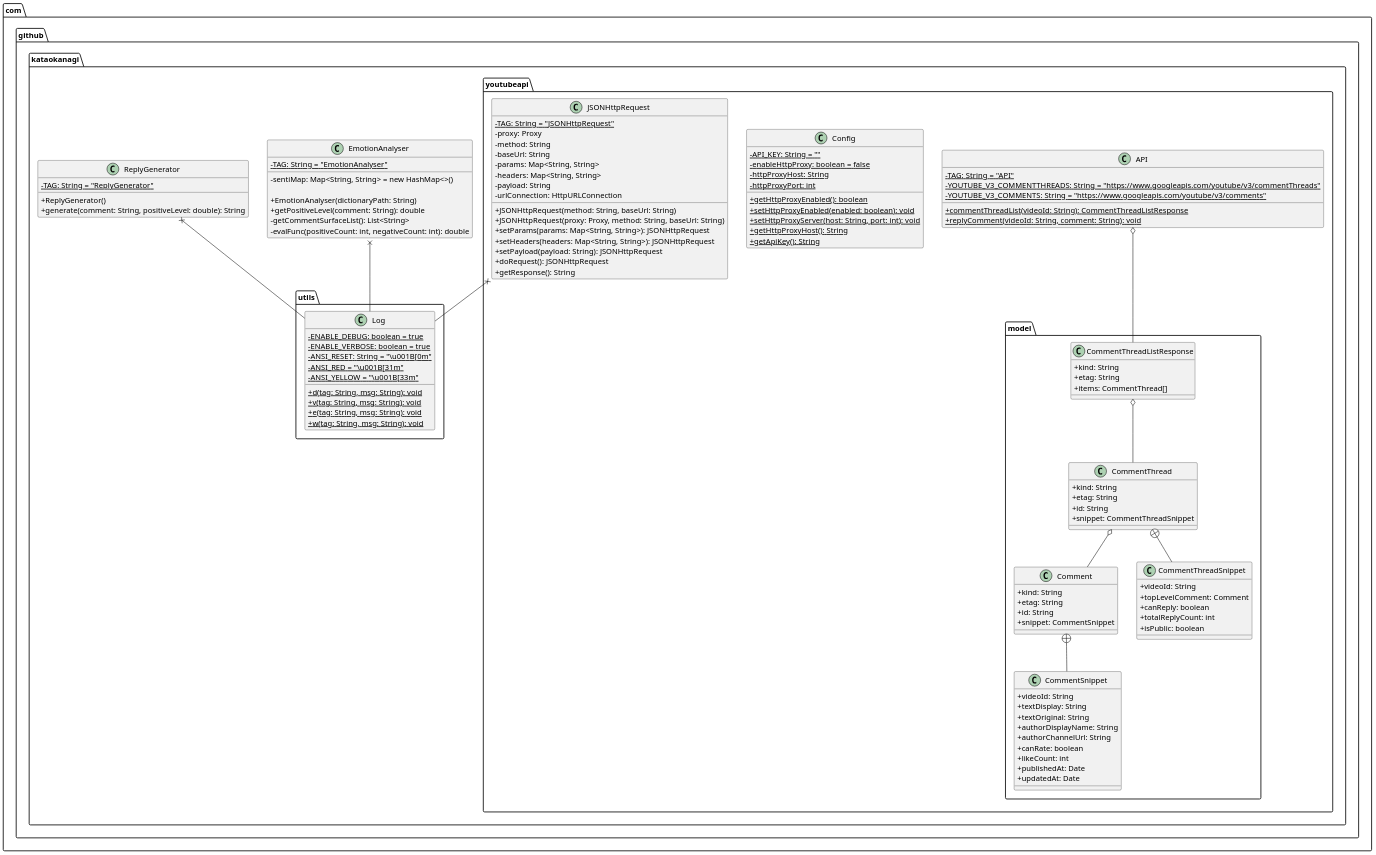
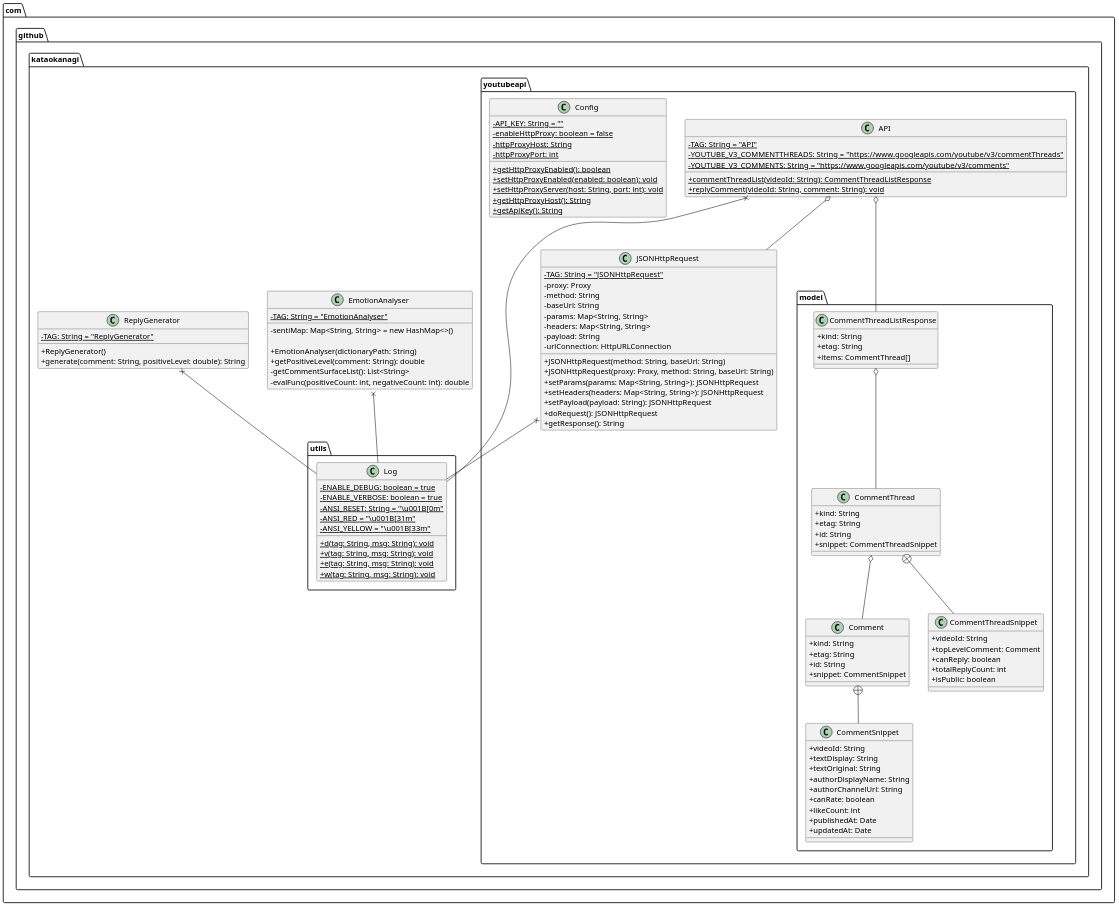
One commit to KataokaNagi/YoutubeAutoComment changed the diagram in uml/YoutubeAutoComment_ClassDiagram.pu. Above: the diagram before and after it, drawn with PlantUML.

Commit message:
close #14, close #15

```diff
--- a/uml/YoutubeAutoComment_ClassDiagram.pu
+++ b/uml/YoutubeAutoComment_ClassDiagram.pu
@@ -12,165 +12,168 @@
 @startuml out/ClassDiagram.png
 scale 1.5
 skinparam DefaultFontName メイリオ
 ' 可視性の変更
 skinparam classAttributeIconSize 0
 
 ' class def
 ' @see https://qiita.com/KeithYokoma/items/ee21fec6a3ebb5d1e9a8
 
 package com.github.kataokanagi {
   package com.github.kataokanagi.utils {
   }
   package com.github.kataokanagi.youtubeapi {
     package com.github.kataokanagi.youtubeapi.model {      
     }    
   }
 }
 
 package com.github.kataokanagi.utils {
     class Log {
         - {static} ENABLE_DEBUG: boolean = true
         - {static} ENABLE_VERBOSE: boolean = true
         - {static} ANSI_RESET: String = "\u001B[0m"
         - {static} ANSI_RED = "\u001B[31m"
         - {static} ANSI_YELLOW = "\u001B[33m"
 
         + {static} d(tag: String, msg: String): void
         + {static} v(tag: String, msg: String): void
         + {static} e(tag: String, msg: String): void
         + {static} w(tag: String, msg: String): void
     }
 }
 
 package com.github.kataokanagi.youtubeapi.model {
     class Comment {
         + kind: String
         + etag: String
         + id: String
         + snippet: CommentSnippet
     }
 
     class CommentSnippet {
         + videoId: String
         + textDisplay: String
         + textOriginal: String
         + authorDisplayName: String
         + authorChannelUrl: String
         + canRate: boolean
         + likeCount: int
         + publishedAt: Date
         + updatedAt: Date
     }
 
     Comment +-- CommentSnippet
 
     class CommentThread {
         + kind: String
         + etag: String
         + id: String
         + snippet: CommentThreadSnippet
     }
 
     class CommentThreadSnippet {
         + videoId: String
         + topLevelComment: Comment
         + canReply: boolean
         + totalReplyCount: int
         + isPublic: boolean
     }
 
     CommentThread +-- CommentThreadSnippet
 
     class CommentThreadListResponse {
         + kind: String
         + etag: String
         + items: CommentThread[]
     }
 
     CommentThreadListResponse o-- CommentThread
     CommentThread o-- Comment
 }
 
 package com.github.kataokanagi.youtubeapi {
     class API {
         - {static} TAG: String = "API"
         - {static} YOUTUBE_V3_COMMENTTHREADS: String = "https://www.googleapis.com/youtube/v3/commentThreads"
         - {static} YOUTUBE_V3_COMMENTS: String = "https://www.googleapis.com/youtube/v3/comments"
 
         + {static} commentThreadList(videoId: String): CommentThreadListResponse
         + {static} replyComment(videoId: String, comment: String): void
     }
 
     class Config {
         - {static} API_KEY: String = ""
         - {static} enableHttpProxy: boolean = false
         - {static} httpProxyHost: String
         - {static} httpProxyPort: int
 
         + {static} getHttpProxyEnabled(): boolean
         + {static} setHttpProxyEnabled(enabled: boolean): void
         + {static} setHttpProxyServer(host: String, port: int): void
         + {static} getHttpProxyHost(): String
         + {static} getApiKey(): String
     }
 
     class JSONHttpRequest {
         - {static} TAG: String = "JSONHttpRequest"
         - proxy: Proxy
         - method: String
         - baseUrl: String
         - params: Map<String, String>
         - headers: Map<String, String>
         - payload: String
         - urlConnection: HttpURLConnection
 
         + JSONHttpRequest(method: String, baseUrl: String)
         + JSONHttpRequest(proxy: Proxy, method: String, baseUrl: String)
         + setParams(params: Map<String, String>): JSONHttpRequest
         + setHeaders(headers: Map<String, String>): JSONHttpRequest
         + setPayload(payload: String): JSONHttpRequest
         + doRequest(): JSONHttpRequest
         + getResponse(): String
     }
 }
 
 package com.github.kataokanagi {
     class EmotionAnalyser {
         - {static} TAG: String = "EmotionAnalyser"
         - sentiMap: Map<String, String> = new HashMap<>()
 
         + EmotionAnalyser(dictionaryPath: String)
         + getPositiveLevel(comment: String): double
         - getCommentSurfaceList(): List<String>
         - evalFunc(positiveCount: int, negativeCount: int): double
     }
 
     class ReplyGenerator {
         - {static} TAG: String = "ReplyGenerator"
 
         + ReplyGenerator()
         + generate(comment: String, positiveLevel: double): String
     }
 }
 
 API o-- CommentThreadListResponse
 
 ' API o-- Log
 EmotionAnalyser x-- Log
 ReplyGenerator x-- Log
 JSONHttpRequest x-- Log
 
+API o-- JSONHttpRequest
+API x-- Log
+
 
 ' package com.github.kataokanagi {
 '     package utils {
 
 '     }
 
 '     package youtubeapi {
 '         package model {
 
 '         }
 '     }
 ' }
 
 @enduml
```
